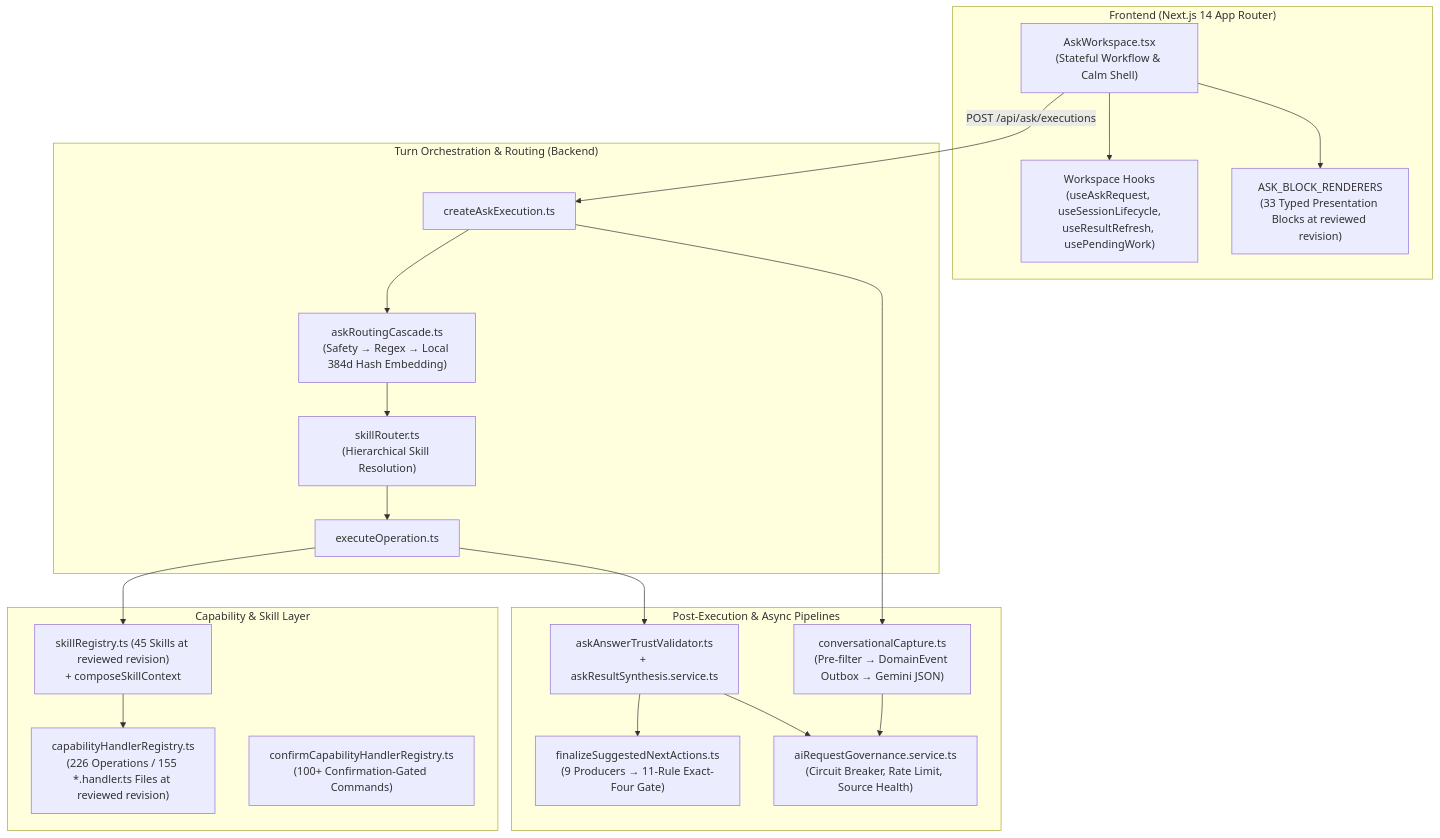
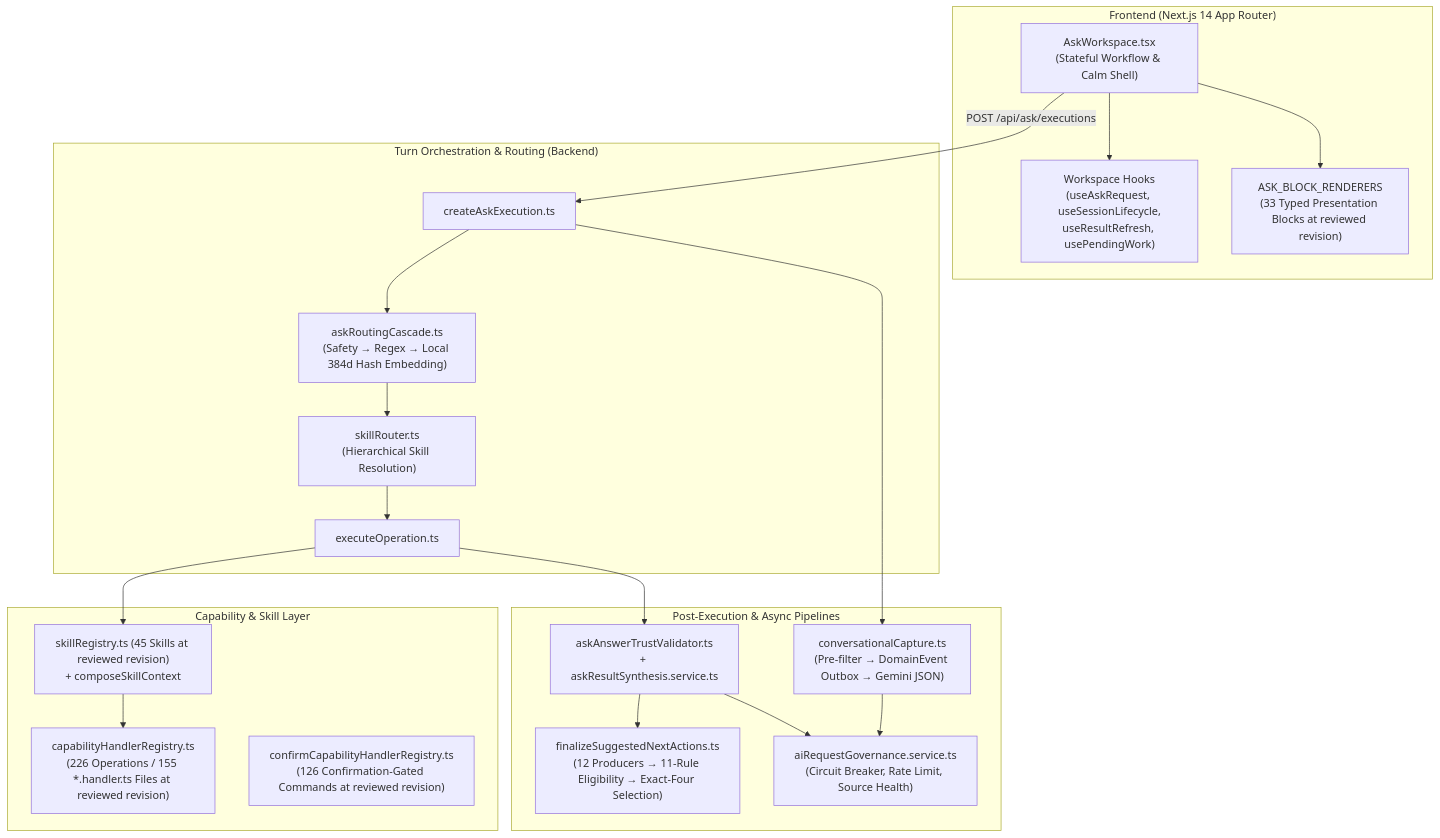
Before and after one commit to madhuboyin/contract-to-cozy1: the diagram in docs/architecture/ASK_COZY_TECHNICAL_ARCHITECTURE_REVIEW.md, drawn with Mermaid. The commit also changed other lines of this file, not shown here.

Commit message:
docs: finalize Ask Cozy architecture review

````diff
--- a/docs/architecture/ASK_COZY_TECHNICAL_ARCHITECTURE_REVIEW.md
+++ b/docs/architecture/ASK_COZY_TECHNICAL_ARCHITECTURE_REVIEW.md
@@ -30,38 +30,38 @@
 ```mermaid
 flowchart TB
     subgraph Frontend ["Frontend (Next.js 14 App Router)"]
         UI["AskWorkspace.tsx<br/>(Stateful Workflow & Calm Shell)"]
         Hooks["Workspace Hooks<br/>(useAskRequest, useSessionLifecycle,<br/>useResultRefresh, usePendingWork)"]
         RegistryUI["ASK_BLOCK_RENDERERS<br/>(33 Typed Presentation Blocks at reviewed revision)"]
         UI --> Hooks
         UI --> RegistryUI
     end
 
     subgraph Execution ["Turn Orchestration & Routing (Backend)"]
         Create["createAskExecution.ts"]
         Cascade["askRoutingCascade.ts<br/>(Safety → Regex → Local 384d Hash Embedding)"]
         SkillRoute["skillRouter.ts<br/>(Hierarchical Skill Resolution)"]
         ExecOp["executeOperation.ts"]
         Create --> Cascade --> SkillRoute --> ExecOp
     end
 
     subgraph Governance ["Capability & Skill Layer"]
         Skills["skillRegistry.ts (45 Skills at reviewed revision)<br/>+ composeSkillContext"]
         CapReg["capabilityHandlerRegistry.ts<br/>(226 Operations / 155 *.handler.ts Files at reviewed revision)"]
-        ConfReg["confirmCapabilityHandlerRegistry.ts<br/>(100+ Confirmation-Gated Commands)"]
+        ConfReg["confirmCapabilityHandlerRegistry.ts<br/>(126 Confirmation-Gated Commands at reviewed revision)"]
         ExecOp --> Skills --> CapReg
     end
 
     subgraph SideCars ["Post-Execution & Async Pipelines"]
         Capture["conversationalCapture.ts<br/>(Pre-filter → DomainEvent Outbox → Gemini JSON)"]
-        NextAct["finalizeSuggestedNextActions.ts<br/>(9 Producers → 11-Rule Exact-Four Gate)"]
+        NextAct["finalizeSuggestedNextActions.ts<br/>(12 Producers → 11-Rule Eligibility → Exact-Four Selection)"]
         Trust["askAnswerTrustValidator.ts<br/>+ askResultSynthesis.service.ts"]
         AI["aiRequestGovernance.service.ts<br/>(Circuit Breaker, Rate Limit, Source Health)"]
     end
 
     UI -->|POST /api/ask/executions| Create
     ExecOp --> Trust --> NextAct
     Create --> Capture
     Capture --> AI
     Trust --> AI
 ```
````
